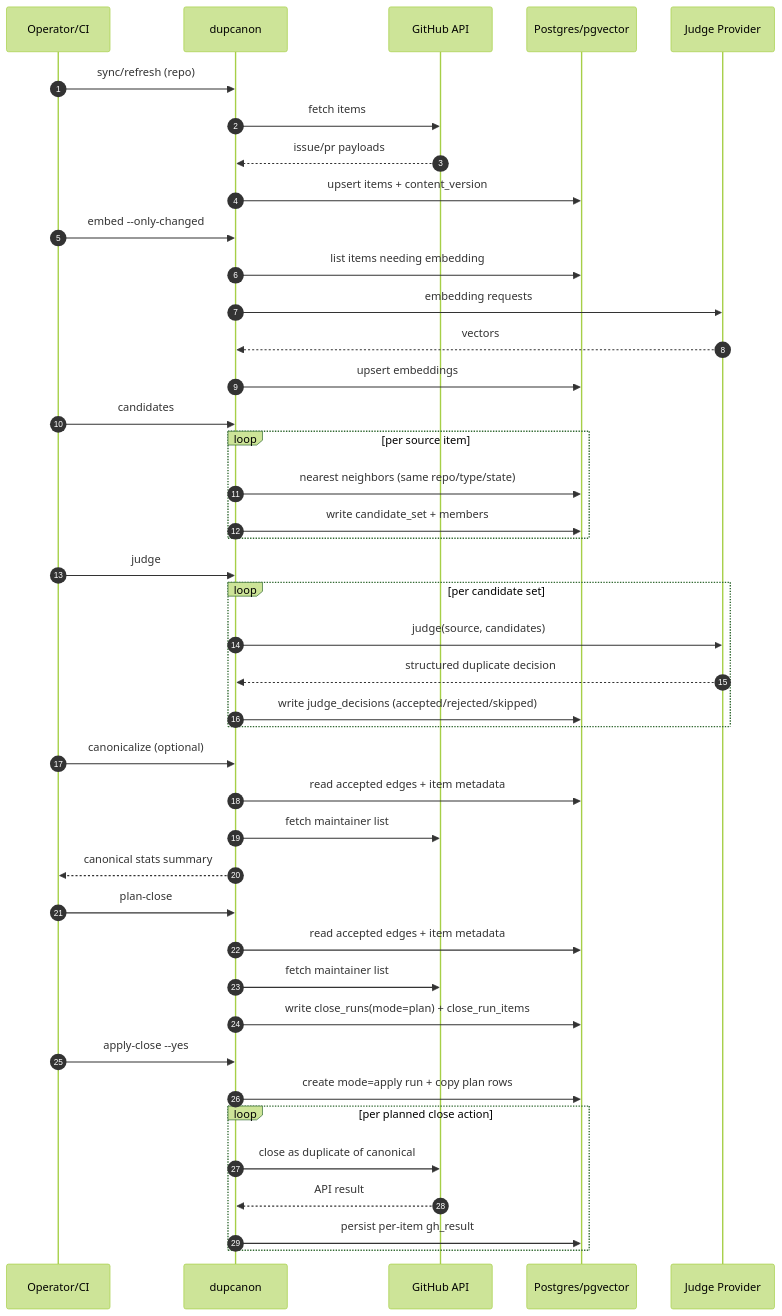
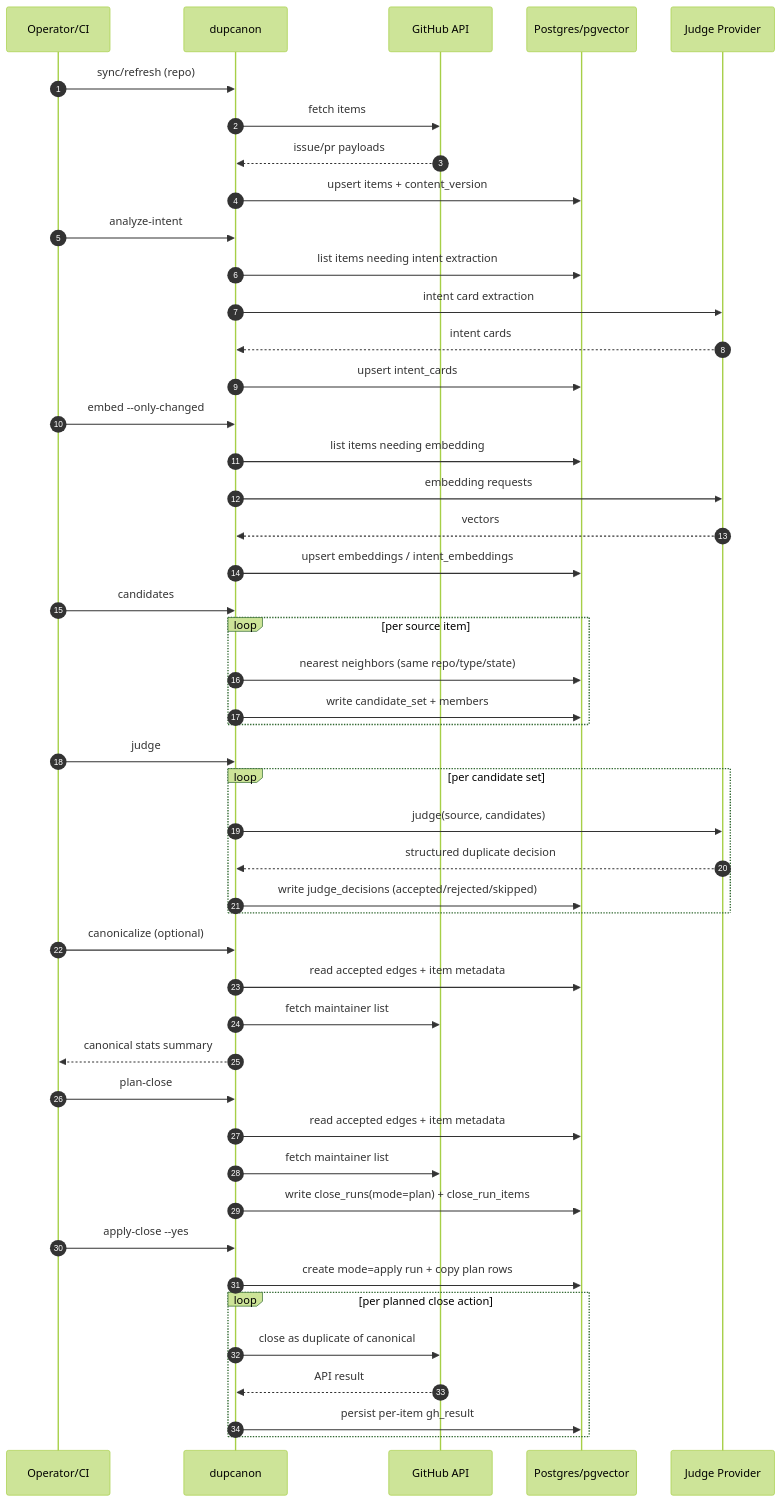
The third of 6 diagrams in docs/architecture.mdx (sebslight/dupcanon), drawn with Mermaid (forest theme) before and after one commit. The commit also changed other lines of this file and 20 other files, not shown here.

````diff
--- a/docs/architecture.mdx
+++ b/docs/architecture.mdx
@@ -117,51 +139,57 @@
 ```mermaid
 sequenceDiagram
   autonumber
   participant Op as Operator/CI
   participant CLI as dupcanon
   participant GH as GitHub API
   participant DB as Postgres/pgvector
   participant LLM as Judge Provider
 
   Op->>CLI: sync/refresh (repo)
   CLI->>GH: fetch items
   GH-->>CLI: issue/pr payloads
   CLI->>DB: upsert items + content_version
 
+  Op->>CLI: analyze-intent
+  CLI->>DB: list items needing intent extraction
+  CLI->>LLM: intent card extraction
+  LLM-->>CLI: intent cards
+  CLI->>DB: upsert intent_cards
+
   Op->>CLI: embed --only-changed
   CLI->>DB: list items needing embedding
   CLI->>LLM: embedding requests
   LLM-->>CLI: vectors
-  CLI->>DB: upsert embeddings
+  CLI->>DB: upsert embeddings / intent_embeddings
 
   Op->>CLI: candidates
   loop per source item
     CLI->>DB: nearest neighbors (same repo/type/state)
     CLI->>DB: write candidate_set + members
   end
 
   Op->>CLI: judge
   loop per candidate set
     CLI->>LLM: judge(source, candidates)
     LLM-->>CLI: structured duplicate decision
     CLI->>DB: write judge_decisions (accepted/rejected/skipped)
   end
 
   Op->>CLI: canonicalize (optional)
   CLI->>DB: read accepted edges + item metadata
   CLI->>GH: fetch maintainer list
   CLI-->>Op: canonical stats summary
 
   Op->>CLI: plan-close
   CLI->>DB: read accepted edges + item metadata
   CLI->>GH: fetch maintainer list
   CLI->>DB: write close_runs(mode=plan) + close_run_items
 
   Op->>CLI: apply-close --yes
   CLI->>DB: create mode=apply run + copy plan rows
   loop per planned close action
     CLI->>GH: close as duplicate of canonical
     GH-->>CLI: API result
     CLI->>DB: persist per-item gh_result
   end
 ```
````
